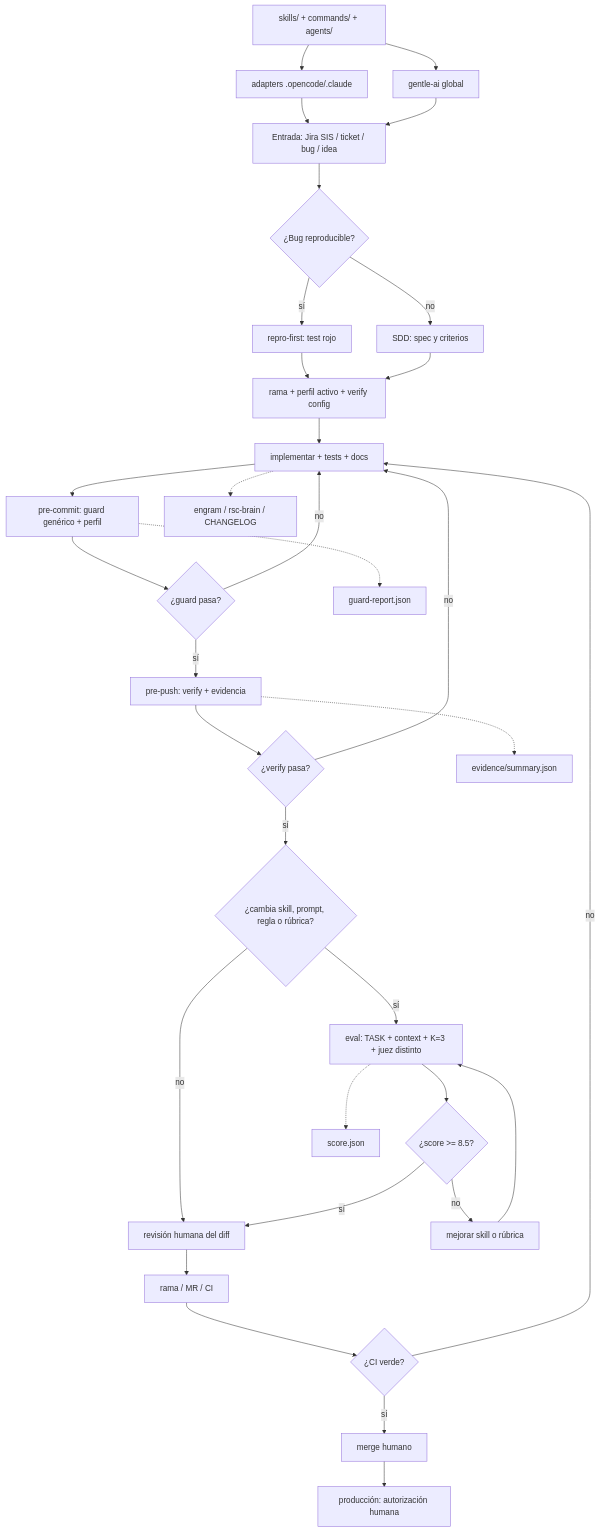
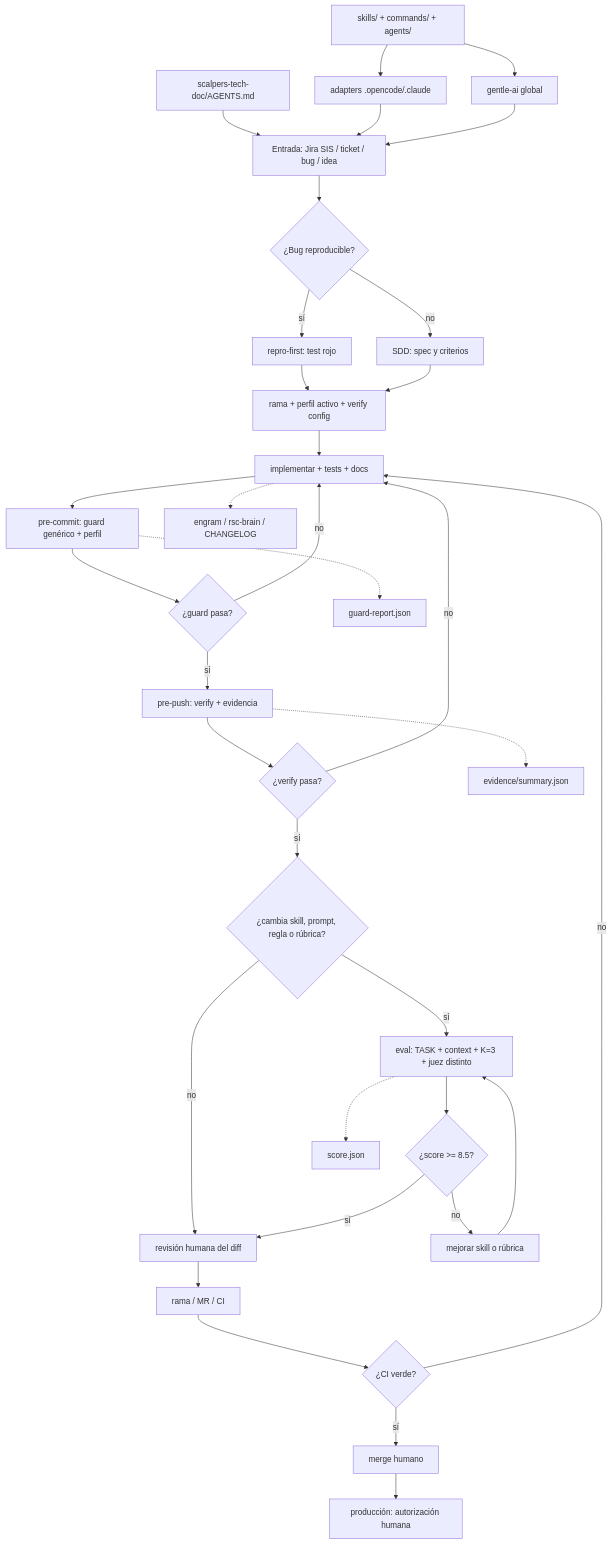
One commit to ScalpersCompany/dev-agent-kit changed the second of 2 diagrams in docs/DIAGRAMA-SISTEMA.md. Above: the diagram before and after it, drawn with Mermaid. The commit also changed other lines of this file and 11 other files, not shown here.

````diff
--- a/docs/DIAGRAMA-SISTEMA.md
+++ b/docs/DIAGRAMA-SISTEMA.md
@@ -77,39 +79,40 @@
 ```mermaid
 flowchart TD
   N0[skills/ + commands/ + agents/] --> N1[adapters .opencode/.claude]
   N0 --> N2[gentle-ai global]
-  N1 --> A[Entrada: Jira SIS / ticket / bug / idea]
+  N3[scalpers-tech-doc/AGENTS.md] --> A[Entrada: Jira SIS / ticket / bug / idea]
+  N1 --> A
   N2 --> A
 
   A --> B{¿Bug reproducible?}
   B -->|sí| C[repro-first: test rojo]
   B -->|no| D[SDD: spec y criterios]
   C --> E[rama + perfil activo + verify config]
   D --> E
   E --> F[implementar + tests + docs]
 
   F --> G[pre-commit: guard genérico + perfil]
   G --> H{¿guard pasa?}
   H -->|no| F
   H -->|sí| I[pre-push: verify + evidencia]
   I --> J{¿verify pasa?}
   J -->|no| F
   J -->|sí| K{¿cambia skill, prompt, regla o rúbrica?}
 
   K -->|no| L[revisión humana del diff]
   K -->|sí| M[eval: TASK + context + K=3 + juez distinto]
   M --> N{¿score >= 8.5?}
   N -->|no| O[mejorar skill o rúbrica] --> M
   N -->|sí| L
 
   L --> P[rama / MR / CI]
   P --> Q{¿CI verde?}
   Q -->|no| F
   Q -->|sí| R[merge humano]
   R --> S[producción: autorización humana]
 
   F -.-> T[engram / rsc-brain / CHANGELOG]
   G -.-> U[guard-report.json]
   I -.-> V[evidence/summary.json]
   M -.-> W[score.json]
 ```
````
